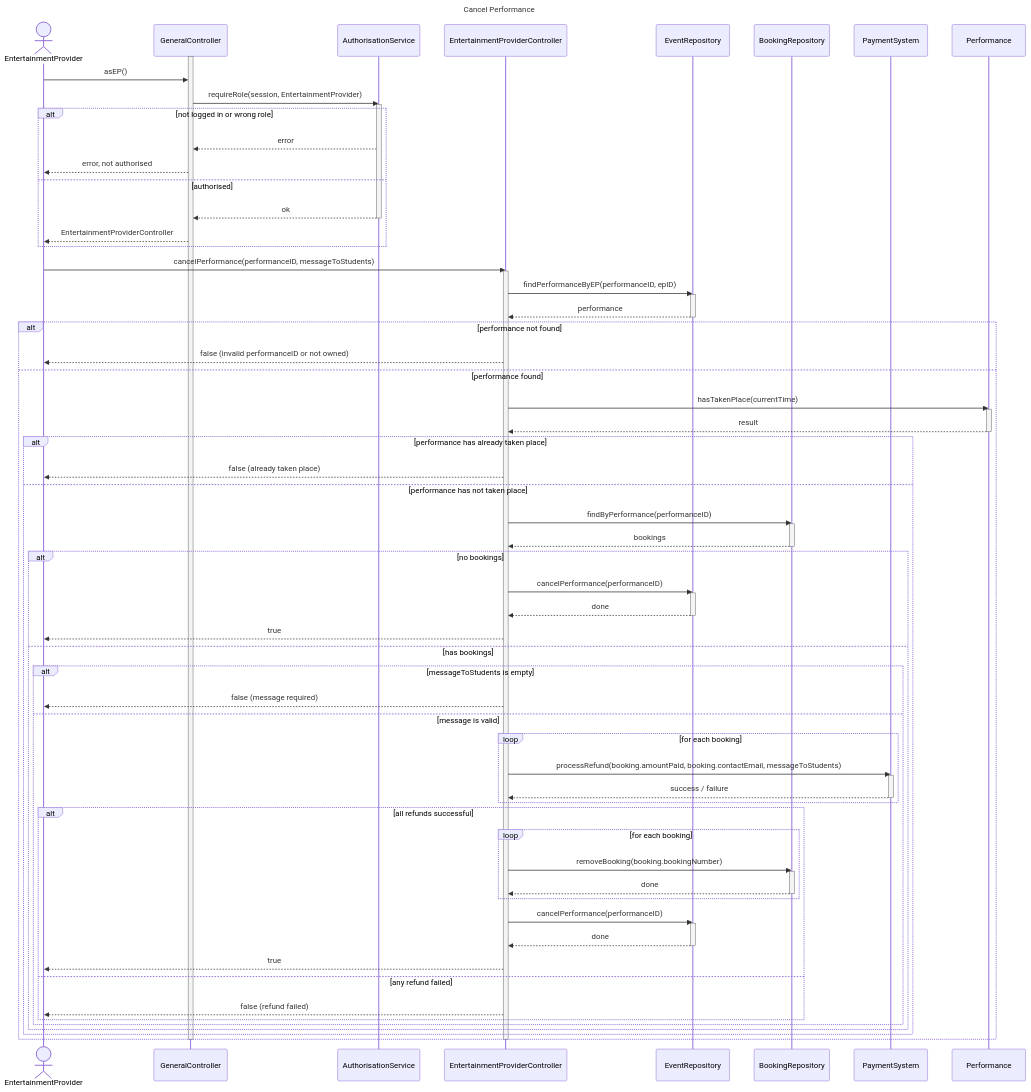
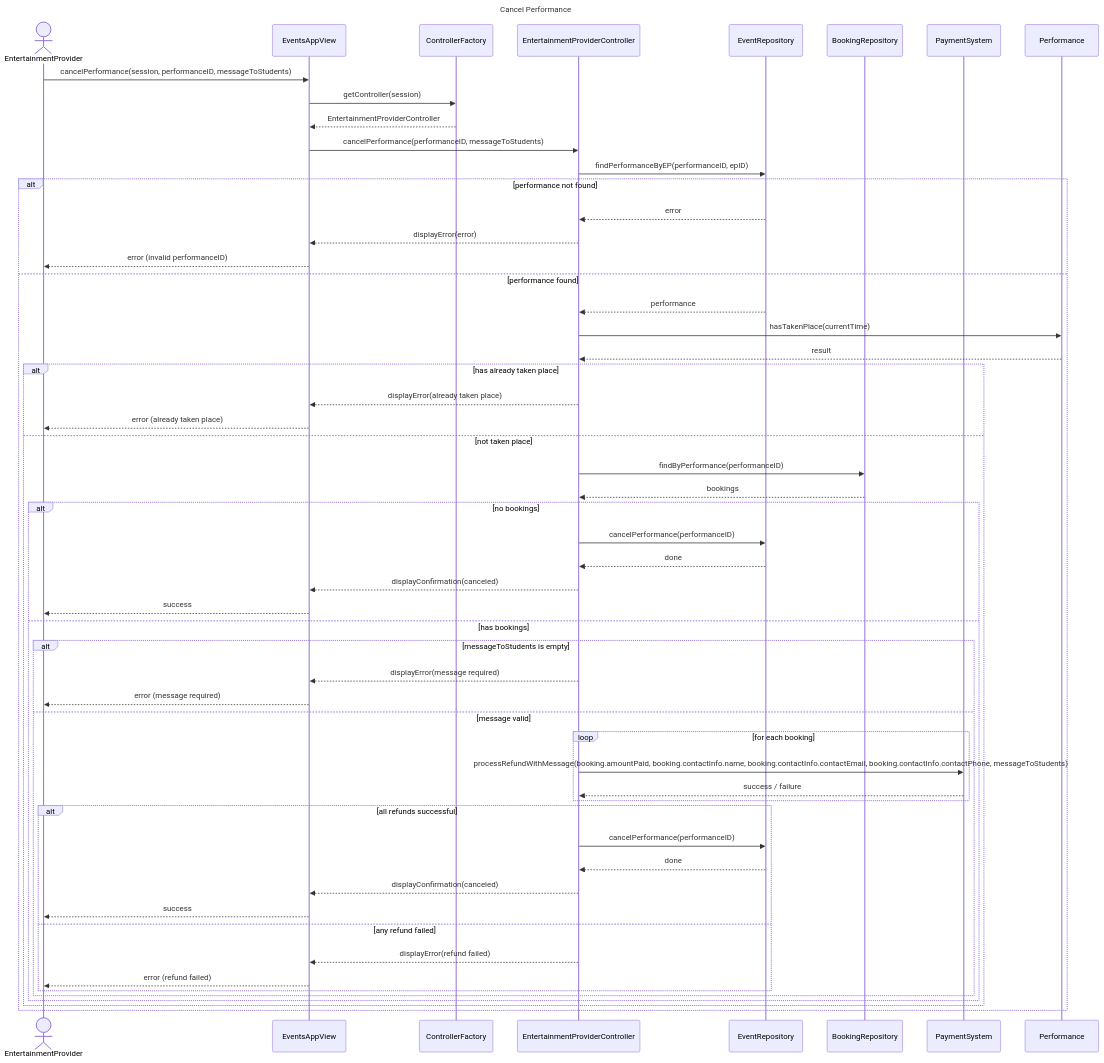
Before and after one commit to Inf2-SEPP-CW-2026/CourseWork: the diagram in CW2/Task4_cancel_performance.mmd, drawn with Mermaid. The commit also changed 11 other files, not shown here.

```diff
--- a/CW2/Task4_cancel_performance.mmd
+++ b/CW2/Task4_cancel_performance.mmd
@@ -1,91 +1,60 @@
 sequenceDiagram
 title Cancel Performance
 
 actor EntertainmentProvider
-participant GeneralController
-participant AuthorisationService
+participant EventsAppView
+participant ControllerFactory
 participant EntertainmentProviderController
 participant EventRepository
 participant BookingRepository
 participant PaymentSystem
 participant Performance
 
-activate GeneralController
+EntertainmentProvider ->> EventsAppView: cancelPerformance(session, performanceID, messageToStudents)
+EventsAppView ->> ControllerFactory: getController(session)
+ControllerFactory -->> EventsAppView: EntertainmentProviderController
 
-EntertainmentProvider ->> GeneralController: asEP()
-GeneralController ->> AuthorisationService: requireRole(session, EntertainmentProvider)
-activate AuthorisationService
-
-alt not logged in or wrong role
-    AuthorisationService -->> GeneralController: error
-    GeneralController -->> EntertainmentProvider: error, not authorised
-else authorised
-    AuthorisationService -->> GeneralController: ok
-    deactivate AuthorisationService
-    GeneralController -->> EntertainmentProvider: EntertainmentProviderController
-end
-
-EntertainmentProvider ->> EntertainmentProviderController: cancelPerformance(performanceID, messageToStudents)
-activate EntertainmentProviderController
+EventsAppView ->> EntertainmentProviderController: cancelPerformance(performanceID, messageToStudents)
 
 EntertainmentProviderController ->> EventRepository: findPerformanceByEP(performanceID, epID)
-activate EventRepository
-EventRepository -->> EntertainmentProviderController: performance
-deactivate EventRepository
-
 alt performance not found
-    EntertainmentProviderController -->> EntertainmentProvider: false (invalid performanceID or not owned)
+    EventRepository -->> EntertainmentProviderController: error
+    EntertainmentProviderController -->> EventsAppView: displayError(error)
+    EventsAppView -->> EntertainmentProvider: error (invalid performanceID)
 else performance found
+    EventRepository -->> EntertainmentProviderController: performance
     EntertainmentProviderController ->> Performance: hasTakenPlace(currentTime)
-    activate Performance
     Performance -->> EntertainmentProviderController: result
-    deactivate Performance
-
-    alt performance has already taken place
-        EntertainmentProviderController -->> EntertainmentProvider: false (already taken place)
-    else performance has not taken place
+    alt has already taken place
+        EntertainmentProviderController -->> EventsAppView: displayError(already taken place)
+        EventsAppView -->> EntertainmentProvider: error (already taken place)
+    else not taken place
         EntertainmentProviderController ->> BookingRepository: findByPerformance(performanceID)
-        activate BookingRepository
         BookingRepository -->> EntertainmentProviderController: bookings
-        deactivate BookingRepository
-
         alt no bookings
             EntertainmentProviderController ->> EventRepository: cancelPerformance(performanceID)
-            activate EventRepository
             EventRepository -->> EntertainmentProviderController: done
-            deactivate EventRepository
-            EntertainmentProviderController -->> EntertainmentProvider: true
+            EntertainmentProviderController -->> EventsAppView: displayConfirmation(canceled)
+            EventsAppView -->> EntertainmentProvider: success
         else has bookings
             alt messageToStudents is empty
-                EntertainmentProviderController -->> EntertainmentProvider: false (message required)
-            else message is valid
+                EntertainmentProviderController -->> EventsAppView: displayError(message required)
+                EventsAppView -->> EntertainmentProvider: error (message required)
+            else message valid
                 loop for each booking
-                    EntertainmentProviderController ->> PaymentSystem: processRefund(booking.amountPaid, booking.contactEmail, messageToStudents)
-                    activate PaymentSystem
+                    EntertainmentProviderController ->> PaymentSystem: processRefundWithMessage(booking.amountPaid, booking.contactInfo.name, booking.contactInfo.contactEmail, booking.contactInfo.contactPhone, messageToStudents)
                     PaymentSystem -->> EntertainmentProviderController: success / failure
-                    deactivate PaymentSystem
                 end
-
                 alt all refunds successful
-                    loop for each booking
-                        EntertainmentProviderController ->> BookingRepository: removeBooking(booking.bookingNumber)
-                        activate BookingRepository
-                        BookingRepository -->> EntertainmentProviderController: done
-                        deactivate BookingRepository
-                    end
-
                     EntertainmentProviderController ->> EventRepository: cancelPerformance(performanceID)
-                    activate EventRepository
                     EventRepository -->> EntertainmentProviderController: done
-                    deactivate EventRepository
-                    EntertainmentProviderController -->> EntertainmentProvider: true
+                    EntertainmentProviderController -->> EventsAppView: displayConfirmation(canceled)
+                    EventsAppView -->> EntertainmentProvider: success
                 else any refund failed
-                    EntertainmentProviderController -->> EntertainmentProvider: false (refund failed)
+                    EntertainmentProviderController -->> EventsAppView: displayError(refund failed)
+                    EventsAppView -->> EntertainmentProvider: error (refund failed)
                 end
             end
         end
     end
 end
-
-deactivate EntertainmentProviderController
-deactivate GeneralController
```
